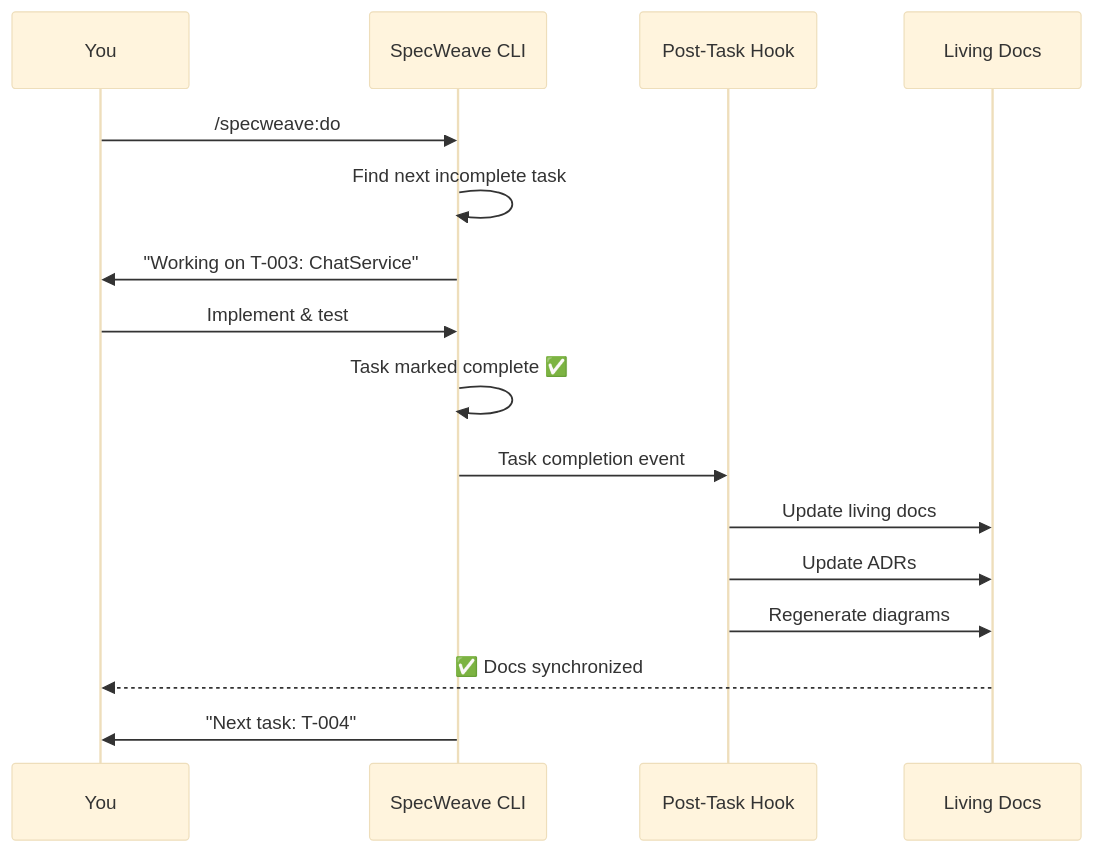
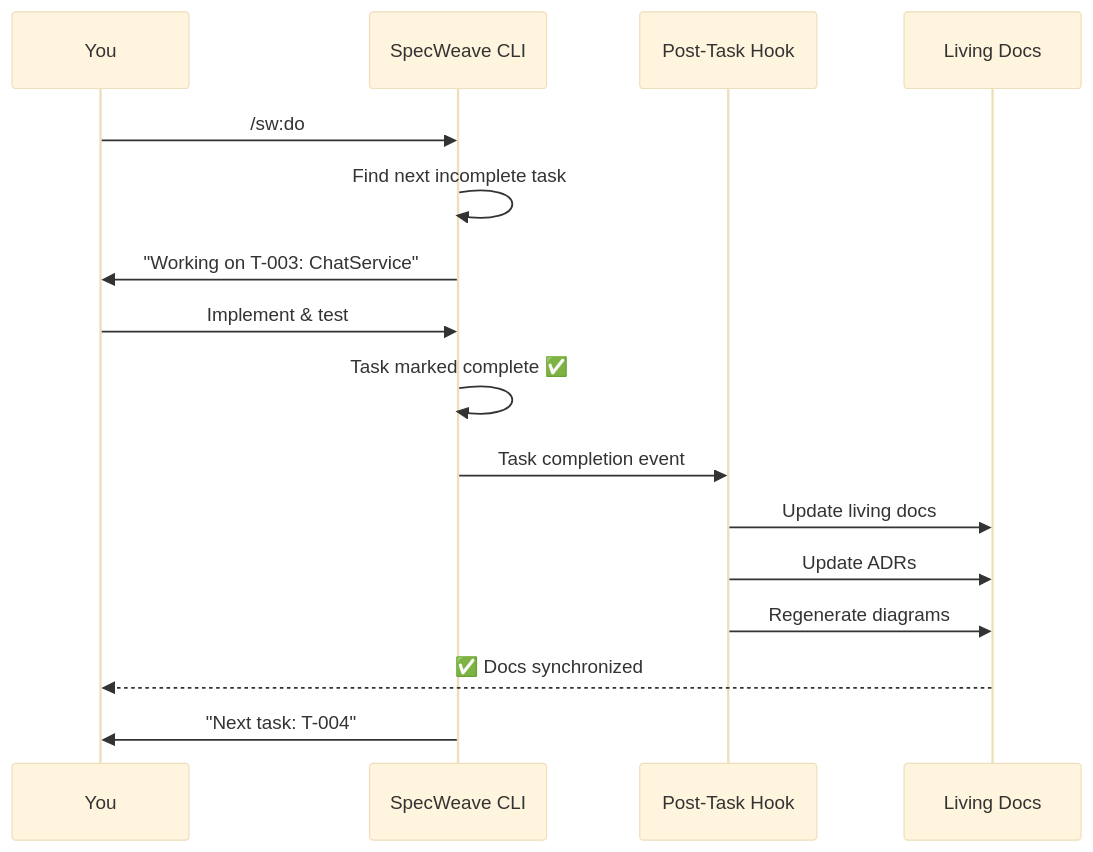
Before and after one commit to anton-abyzov/specweave: the second of 5 diagrams in docs-site/docs/workflows/implementation.md, drawn with Mermaid (base theme). The commit also changed other lines of this file and 505 other files, not shown here.

````diff
--- a/docs-site/docs/workflows/implementation.md
+++ b/docs-site/docs/workflows/implementation.md
@@ -34,22 +34,22 @@
 ```mermaid
 sequenceDiagram
     participant You
     participant CLI as SpecWeave CLI
     participant Hook as Post-Task Hook
     participant Docs as Living Docs
 
-    You->>CLI: /specweave:do
+    You->>CLI: /sw:do
     CLI->>CLI: Find next incomplete task
     CLI->>You: "Working on T-003: ChatService"
 
     You->>CLI: Implement & test
     CLI->>CLI: Task marked complete ✅
 
     CLI->>Hook: Task completion event
     Hook->>Docs: Update living docs
     Hook->>Docs: Update ADRs
     Hook->>Docs: Regenerate diagrams
     Docs-->>You: ✅ Docs synchronized
 
     CLI->>You: "Next task: T-004"
 ```
````
